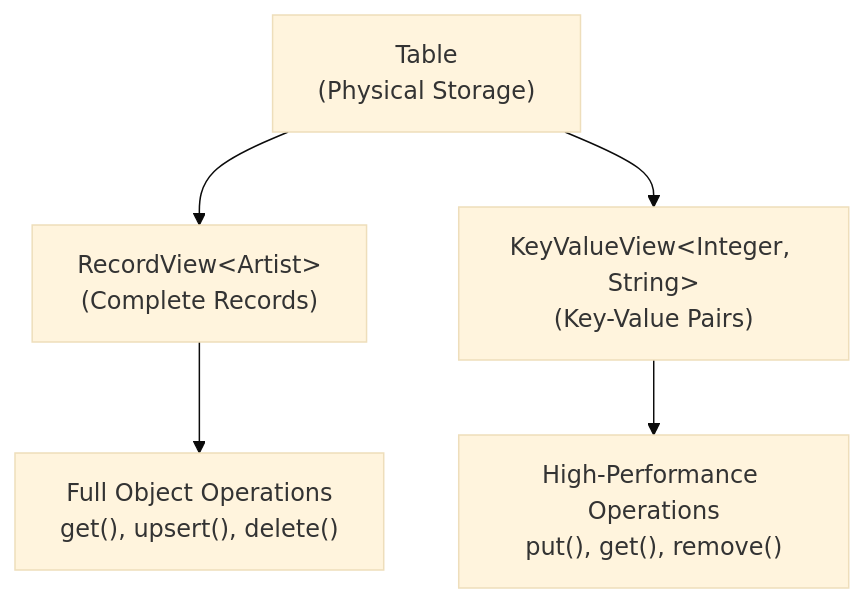
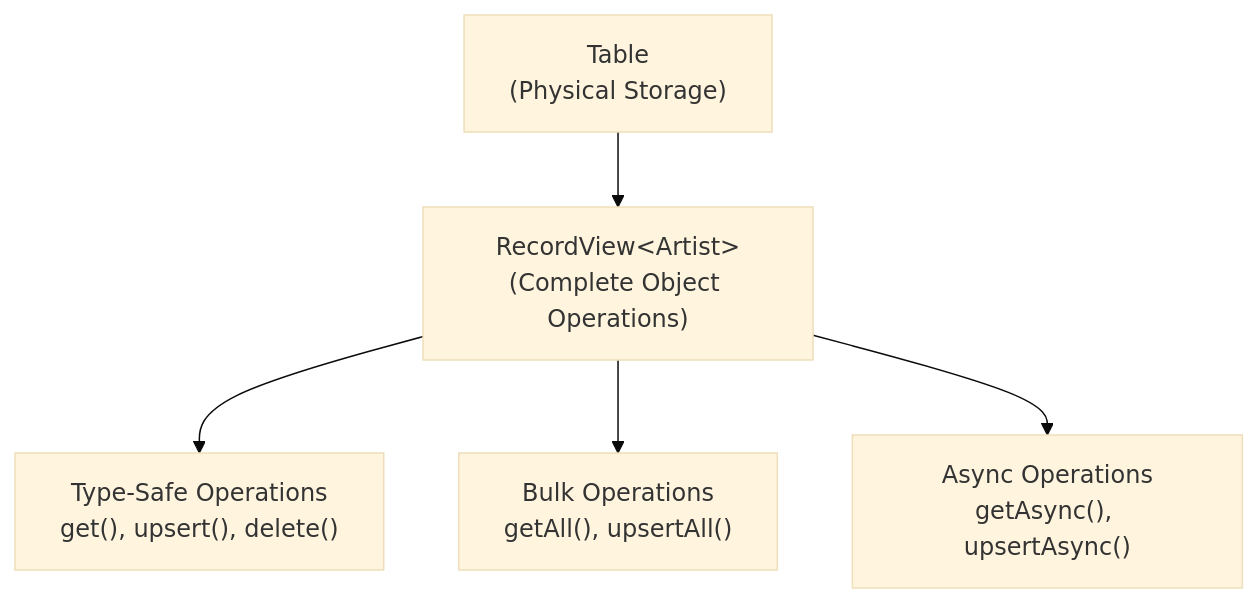
The diagram in docs/03-data-access-apis/01-table-api-operations.md (maglietti/ignite3-java-api-primer), drawn with Mermaid (base theme) before and after one commit. The commit also changed other lines of this file and 8 other files, not shown here.

````diff
--- a/docs/03-data-access-apis/01-table-api-operations.md
+++ b/docs/03-data-access-apis/01-table-api-operations.md
@@ -99,8 +96,8 @@
 ```mermaid
 graph TD
-    A["Table<br/>(Physical Storage)"] --> B["RecordView&lt;Artist&gt;<br/>(Complete Records)"]
-    A --> C["KeyValueView&lt;Integer, String&gt;<br/>(Key-Value Pairs)"]
+    A["Table<br/>(Physical Storage)"] --> B["RecordView&lt;Artist&gt;<br/>(Complete Object Operations)"]
     
-    B --> D["Full Object Operations<br/>get(), upsert(), delete()"]
-    C --> E["High-Performance Operations<br/>put(), get(), remove()"]
+    B --> C["Type-Safe Operations<br/>get(), upsert(), delete()"]
+    B --> D["Bulk Operations<br/>getAll(), upsertAll()"]
+    B --> E["Async Operations<br/>getAsync(), upsertAsync()"]
 ```
````
